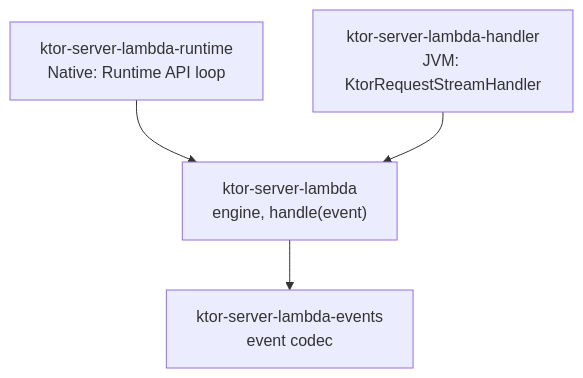
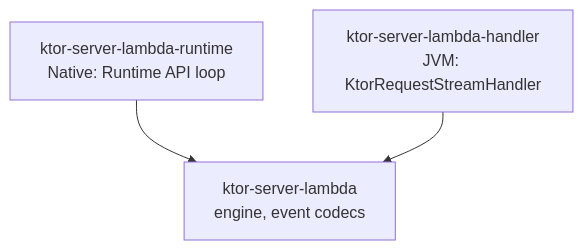
One commit to jsoizo/ktor-server-lambda changed the diagram in README.md. Above: the diagram before and after it, drawn with Mermaid. The commit also changed other lines of this file and 38 other files, not shown here.

First line of the commit message:
Merge the events module into the engine (#4)

````diff
--- a/README.md
+++ b/README.md
@@ -28,10 +27,8 @@
 ```mermaid
 graph TD
   runtime["ktor-server-lambda-runtime<br/>Native: Runtime API loop"]
   handler["ktor-server-lambda-handler<br/>JVM: KtorRequestStreamHandler"]
-  engine["ktor-server-lambda<br/>engine, handle(event)"]
-  events["ktor-server-lambda-events<br/>event codec"]
+  engine["ktor-server-lambda<br/>engine, event codecs"]
   runtime --> engine
   handler --> engine
-  engine --> events
 ```
````
